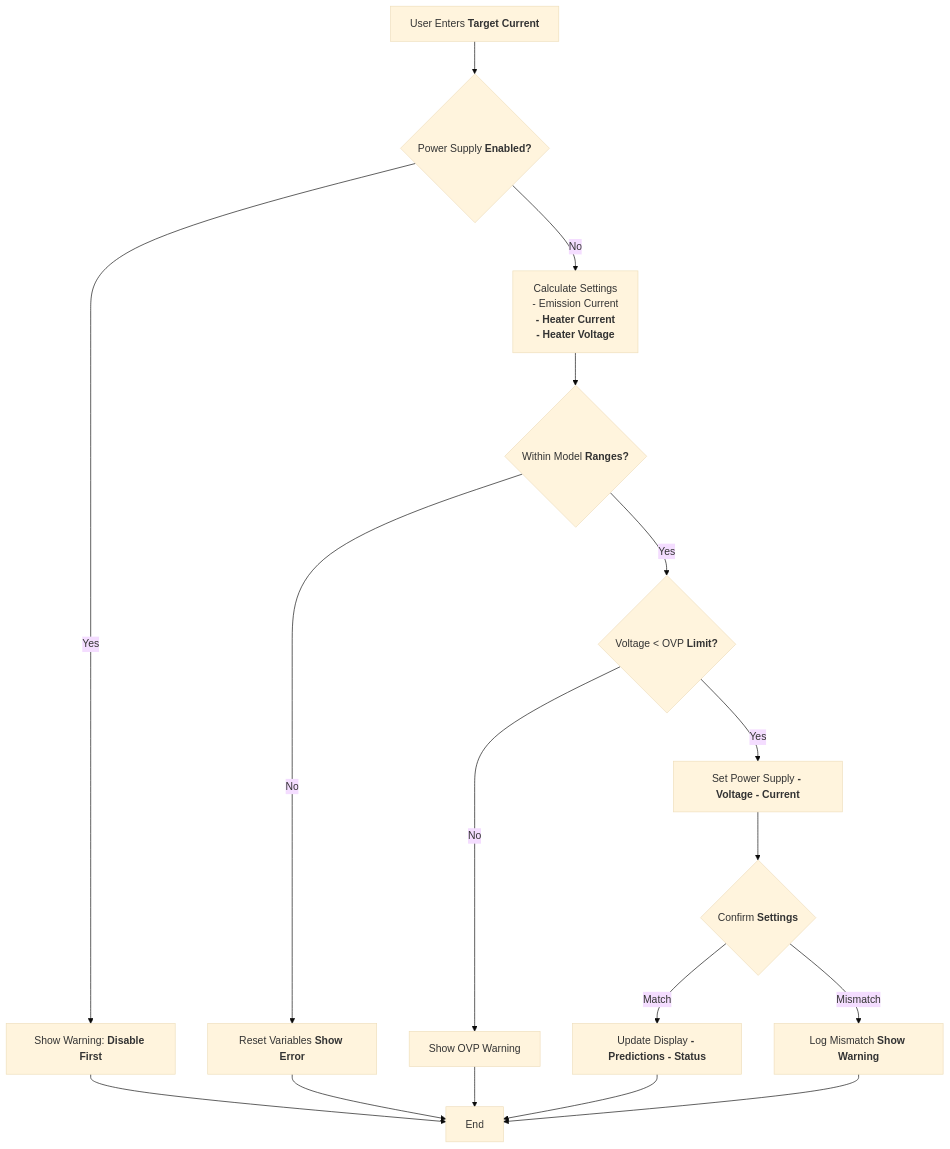
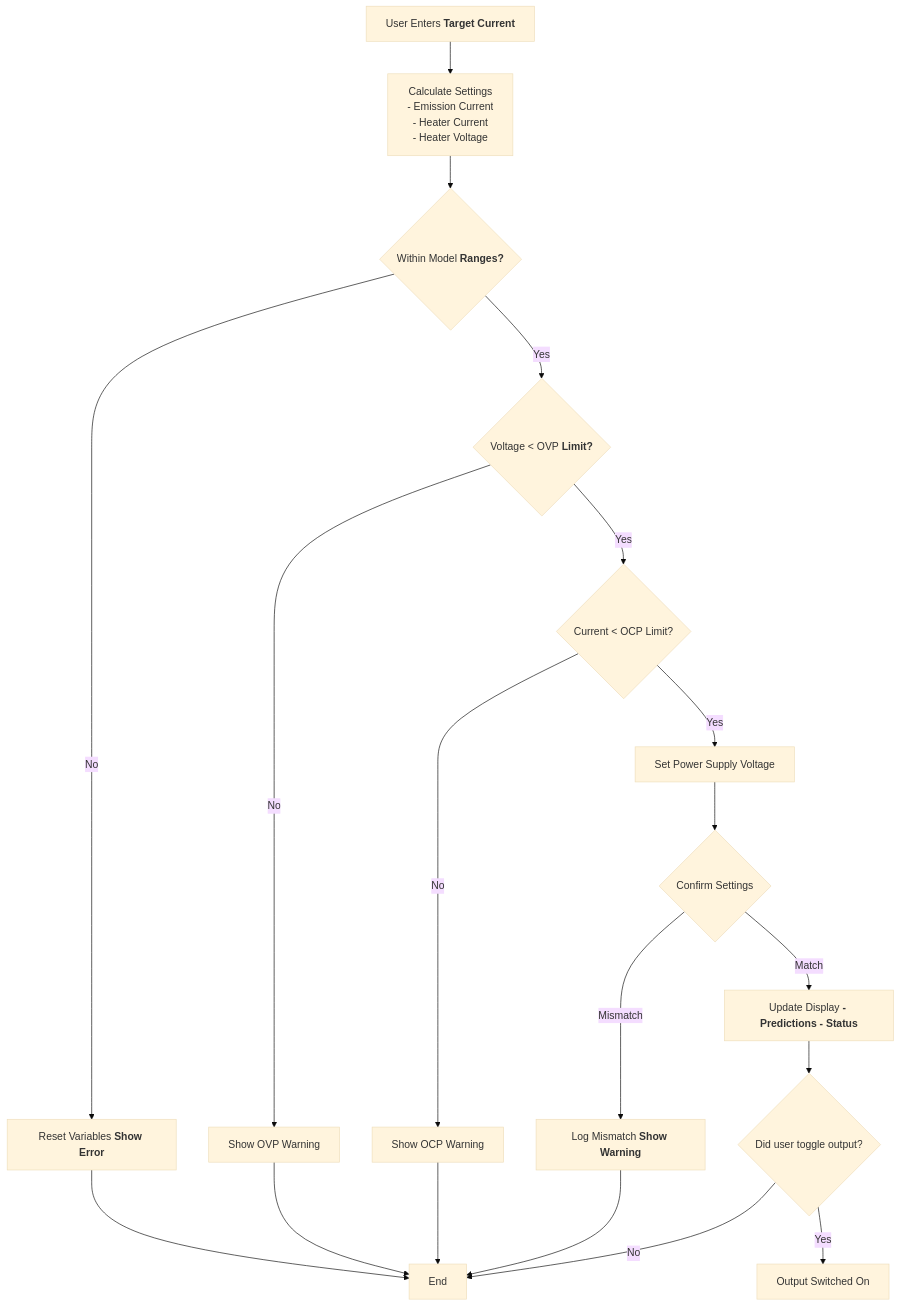
One commit to uw-loci/EBEAM_dashboard changed the third of 4 diagrams in subsystem/cathode_heating/README.md. Above: the diagram before and after it, drawn with Mermaid (base theme). The commit also changed other lines of this file and 1 other file, not shown here.

Commit message:
Changed flowcharts

````diff
--- a/subsystem/cathode_heating/README.md
+++ b/subsystem/cathode_heating/README.md
@@ -153,29 +153,35 @@
 ```mermaid
 flowchart TB
-    Input["User Enters<b> Target Current"] --> ValidatePS{"Power Supply<b> Enabled?"}
-    
-    ValidatePS -->|Yes| Warning["Show Warning:<b> Disable First"]
-    ValidatePS -->|No| Calculate["Calculate Settings
-    - Emission Current<b> 
-    - Heater Current
-    - Heater Voltage"]
+    Input["User Enters<b> Target Current"] --> Calculate["Calculate Settings
+                                                        - Emission Current 
+                                                        - Heater Current
+                                                        - Heater Voltage"]
     
     Calculate --> ValidateRange{"Within Model<b> Ranges?"}
     
     ValidateRange -->|No| ResetVars["Reset Variables <b>Show Error"]
     ValidateRange -->|Yes| CheckOVP{"Voltage < OVP<b> Limit?"}
     
     CheckOVP -->|No| OVPWarn["Show OVP Warning"]
-    CheckOVP -->|Yes| SetPS["Set Power Supply<b> - Voltage<b> - Current"]
+    CheckOVP -->|Yes| CheckOCP{"Current < OCP Limit?"}
+
+    CheckOCP -->|No| OCPWarn["Show OCP Warning"]
+    CheckOCP -->|Yes| SetPS["Set Power Supply Voltage"]
     
-    SetPS --> Confirm{"Confirm<b> Settings"}
+    SetPS --> Confirm{"Confirm Settings"}
     
+    Confirm -->|Mismatch| LogError["Log Mismatch<b> Show Warning"]
     Confirm -->|Match| UpdateDisplay["Update Display<b> - Predictions<b> - Status"]
-    Confirm -->|Mismatch| LogError["Log Mismatch<b> Show Warning"]
     
-    Warning --> End["End"]
+
+    UpdateDisplay --> OutputToggled{"Did user toggle output?"}
+
+    OutputToggled --> |No| End
+    OutputToggled --> |Yes| OutputOn["Output Switched On"]
+    
+    
     ResetVars --> End
     OVPWarn --> End
-    UpdateDisplay --> End
+    OCPWarn --> End
     LogError --> End
 ```
````
